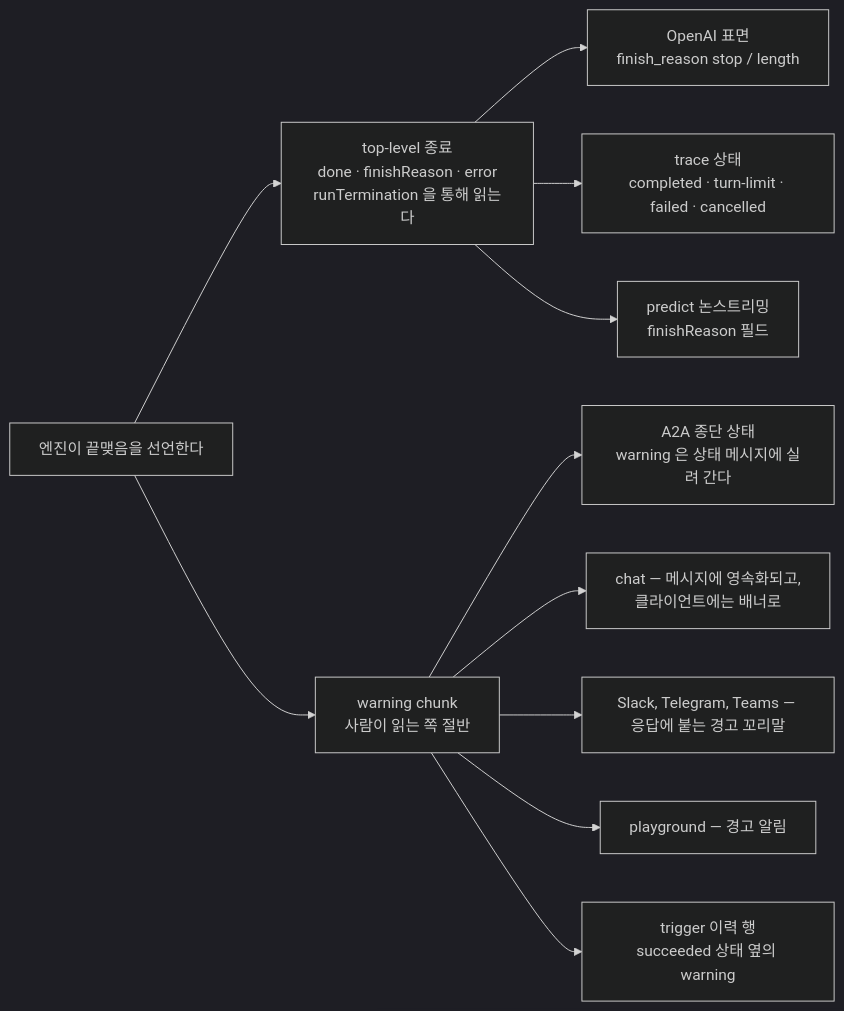
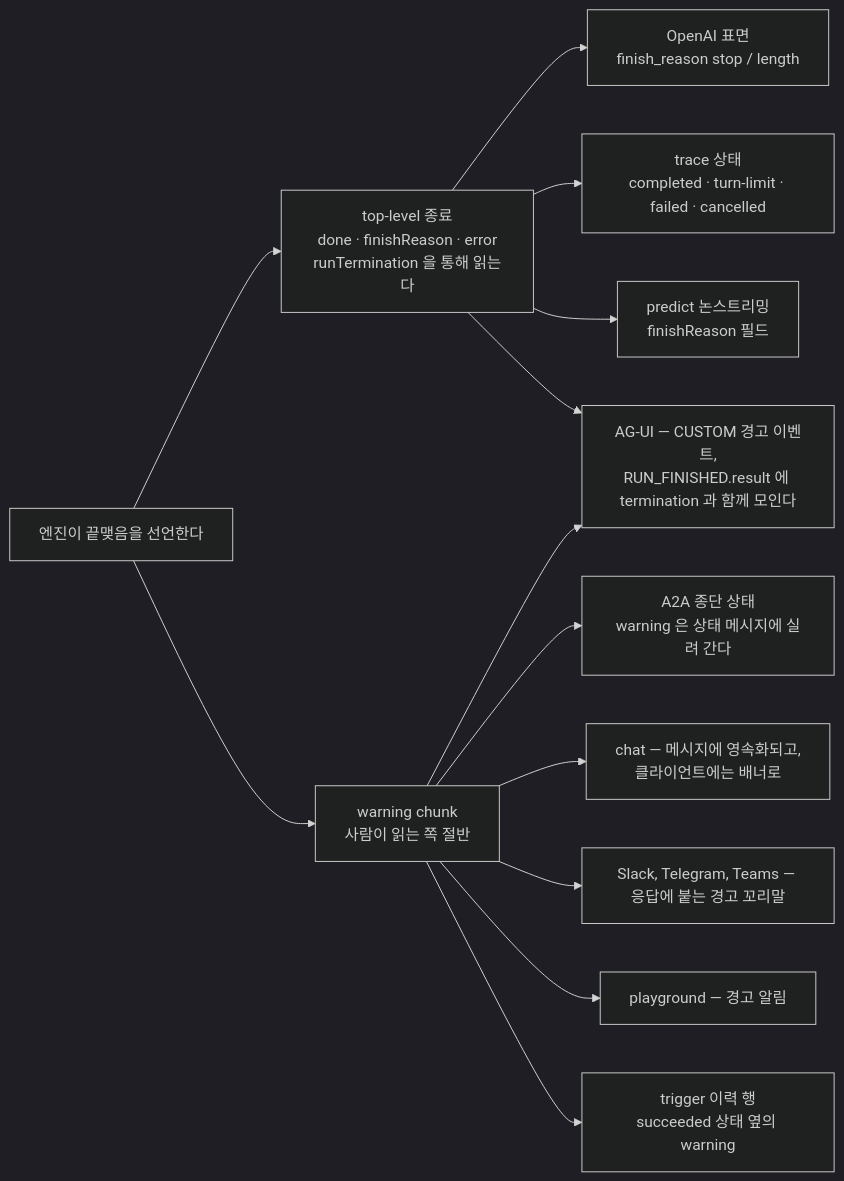
Before and after one commit to opspresso/agent-studio: the fourth of 4 diagrams in docs/ARCHITECTURE.md, drawn with Mermaid (dark theme). The commit also changed other lines of this file and 90 other files, not shown here.

````diff
--- a/docs/ARCHITECTURE.md
+++ b/docs/ARCHITECTURE.md
@@ -579,26 +582,29 @@
 ```mermaid
 flowchart LR
   engine["엔진이 끝맺음을 선언한다"]
   term["top-level 종료<br/>done · finishReason · error<br/>runTermination 을 통해 읽는다"]
   warning["warning chunk<br/>사람이 읽는 쪽 절반"]
 
   openai["OpenAI 표면<br/>finish_reason stop / length"]
   tracestatus["trace 상태<br/>completed · turn-limit · failed · cancelled"]
   a2aout["A2A 종단 상태<br/>warning 은 상태 메시지에 실려 간다"]
+  aguiout["AG-UI — CUSTOM 경고 이벤트,<br/>RUN_FINISHED.result 에 termination 과 함께 모인다"]
   predictout["predict 논스트리밍<br/>finishReason 필드"]
   chatui["chat — 메시지에 영속화되고,<br/>클라이언트에는 배너로"]
   slackout["Slack, Telegram, Teams — 응답에 붙는 경고 꼬리말"]
   console["playground — 경고 알림"]
   triggerrow["trigger 이력 행<br/>succeeded 상태 옆의 warning"]
 
   engine --> term
   engine --> warning
   term --> openai
   term --> tracestatus
   term --> predictout
   warning --> a2aout
+  term --> aguiout
+  warning --> aguiout
   warning --> chatui
   warning --> slackout
   warning --> console
   warning --> triggerrow
 ```
````
